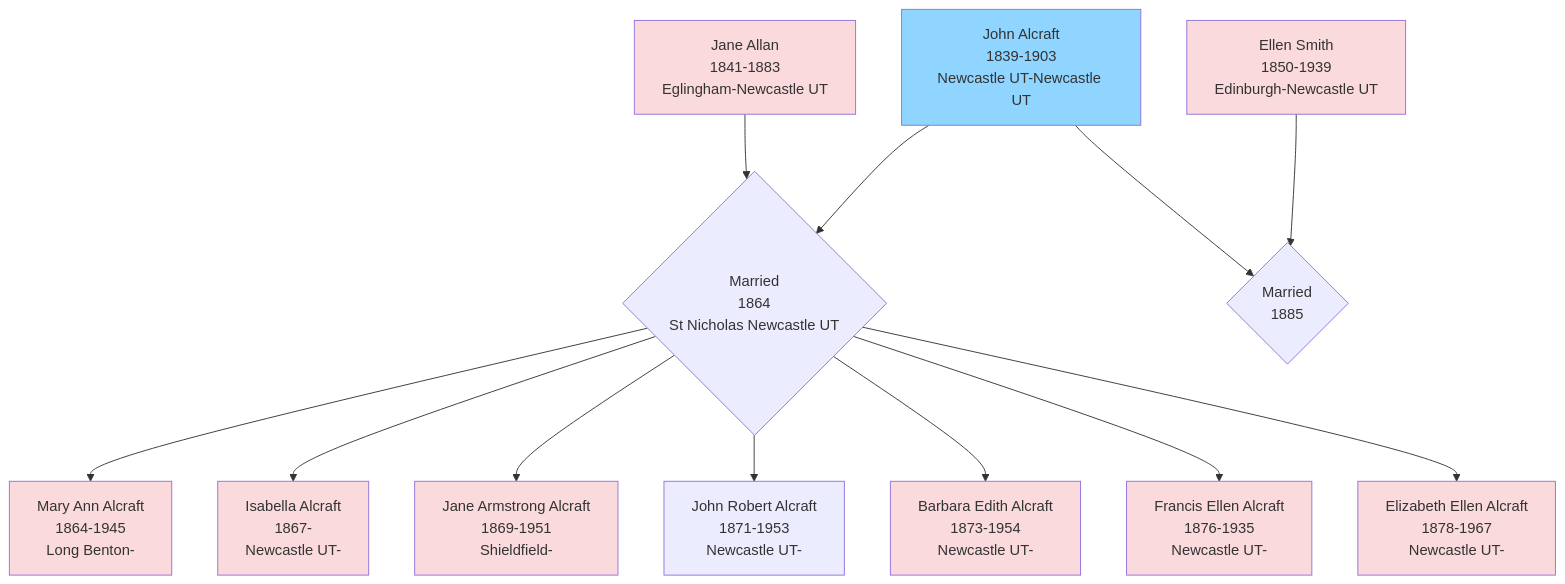
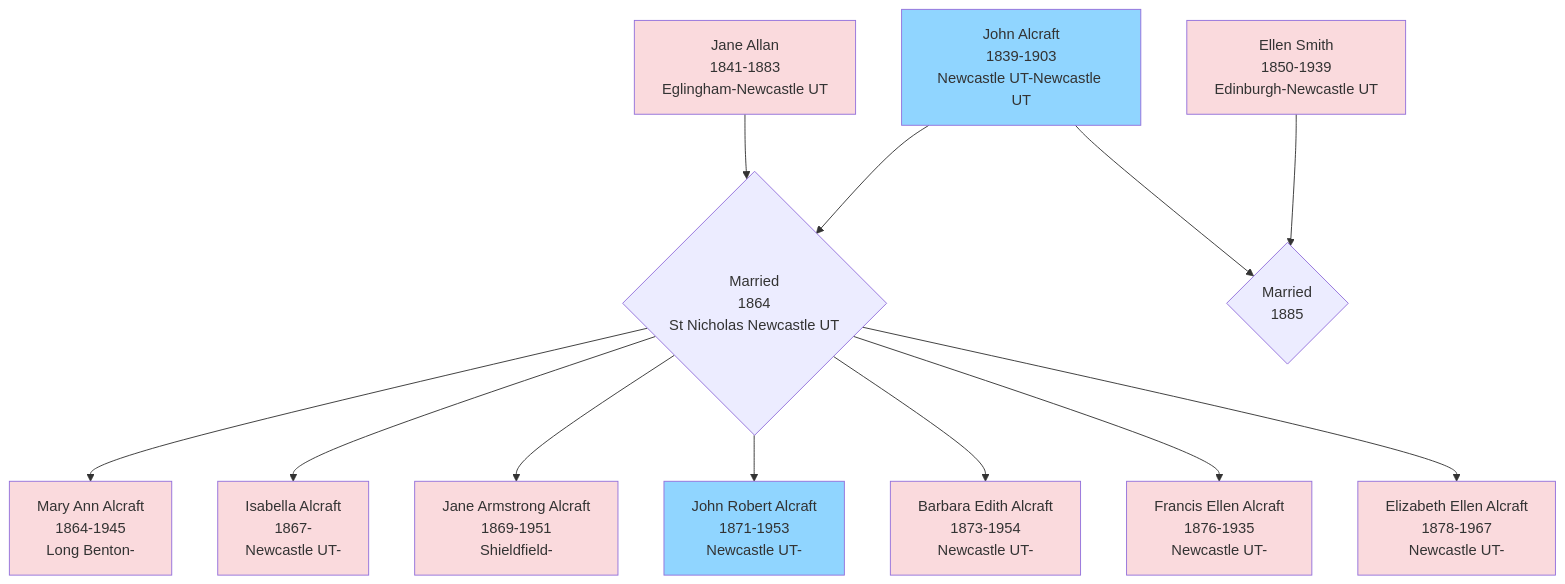
Before and after one commit to RachelAlcraft/family-tree: the diagram in docs/index.md, drawn with Mermaid.

````diff
--- a/docs/index.md
+++ b/docs/index.md
@@ -6,30 +6,31 @@
 ``` mermaid
 flowchart TD  
 JA1[John Alcraft\n1839-1903\nNewcastle UT-Newcastle UT] --> JAJA{Married\n1864\nSt Nicholas Newcastle UT};
 JA2[Jane Allan\n1841-1883\nEglingham-Newcastle UT] --> JAJA;
 ES[Ellen Smith\n1850-1939\nEdinburgh-Newcastle UT] --> JAES{Married\n1885};
 JA1 --> JAES
 JAJA -->MAA[Mary Ann Alcraft\n1864-1945\nLong Benton-];
 JAJA -->IA[Isabella Alcraft\n1867-\nNewcastle UT-];
 JAJA -->JAA[Jane Armstrong Alcraft\n1869-1951\nShieldfield-];
 JAJA -->JRA[John Robert Alcraft\n1871-1953\nNewcastle UT-];
 JAJA -->BEA[Barbara Edith Alcraft\n1873-1954\nNewcastle UT-];
 JAJA -->FEA[Francis Ellen Alcraft\n1876-1935\nNewcastle UT-];
 JAJA -->EEA[Elizabeth Ellen Alcraft\n1878-1967\nNewcastle UT-];  
 
 style JA1 fill:#90d5ff
 click JA1 "jones" "JA1"
+style JRA fill:#90d5ff
 
 style JA2 fill:#FADADD
 click JA2 "jones" "JA2"
 style ES fill:#FADADD
 style MAA fill:#FADADD
 style IA fill:#FADADD
 style JAA fill:#FADADD
 style BEA fill:#FADADD
 style FEA fill:#FADADD
 style EEA fill:#FADADD
 
 
 
 ```
````
